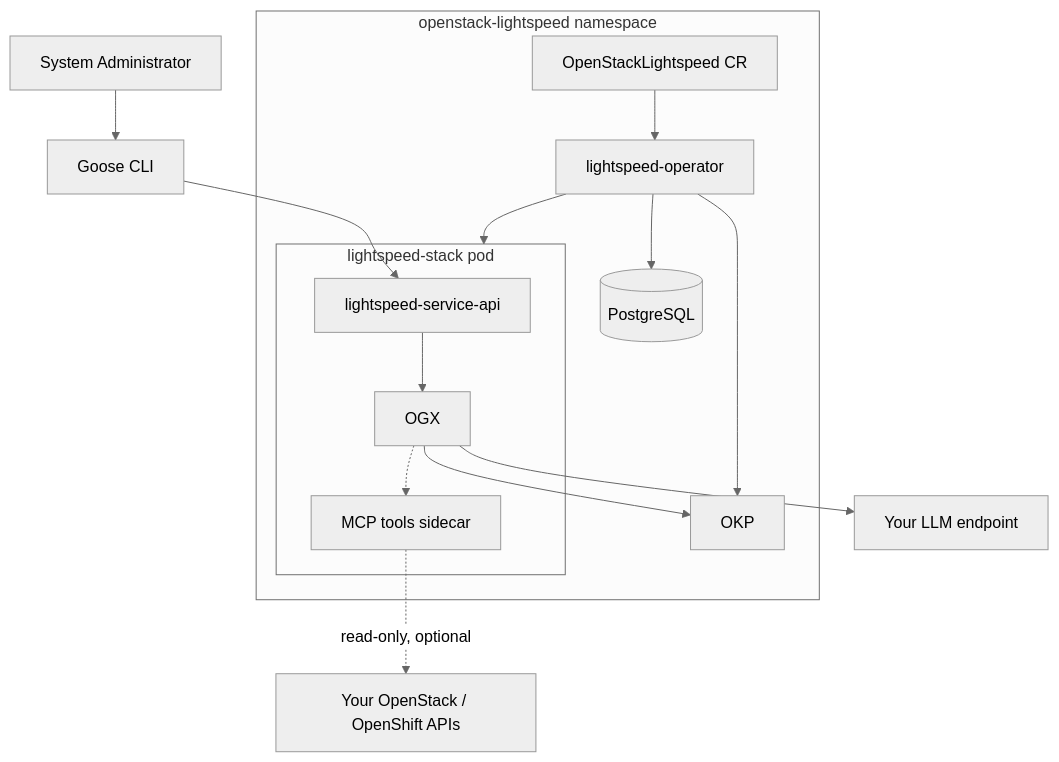
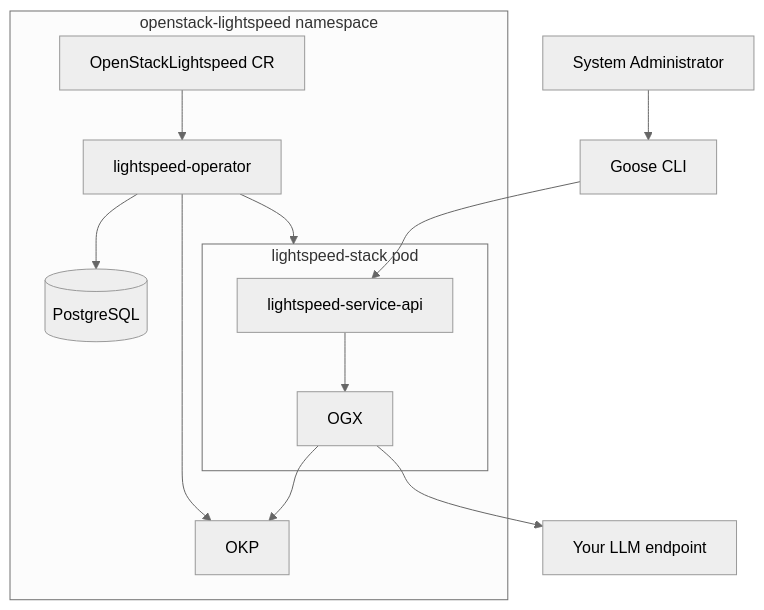
The diagram in docs/development.md (omkarjoshi0304/lightspeed-operator), drawn with Mermaid (neutral theme) before and after one commit. The commit also changed other lines of this file and 119 other files, not shown here.

````diff
--- a/docs/development.md
+++ b/docs/development.md
@@ -28,21 +28,19 @@
 ```mermaid
 graph TB
     User[System Administrator] --> Goose[Goose CLI]
 
     subgraph ns["openstack-lightspeed namespace"]
         CR[OpenStackLightspeed CR] --> Operator[lightspeed-operator]
         Operator --> DB[(PostgreSQL)]
         Operator --> OKP[OKP]
         Operator --> Pod
 
         subgraph Pod["lightspeed-stack pod"]
             API[lightspeed-service-api] --> OGX
-            OGX -.-> MCP[MCP tools sidecar]
         end
     end
 
     Goose --> API
     OGX --> OKP
     OGX --> LLM[Your LLM endpoint]
-    MCP -.->|read-only, optional| OSP[Your OpenStack / OpenShift APIs]
 ```
````
